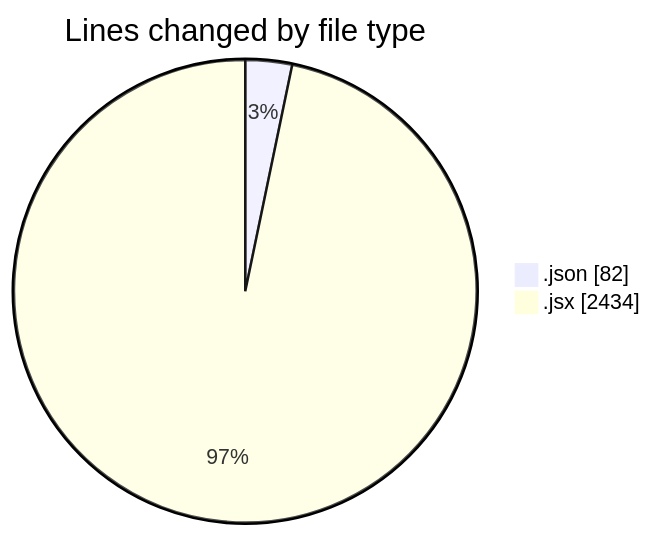
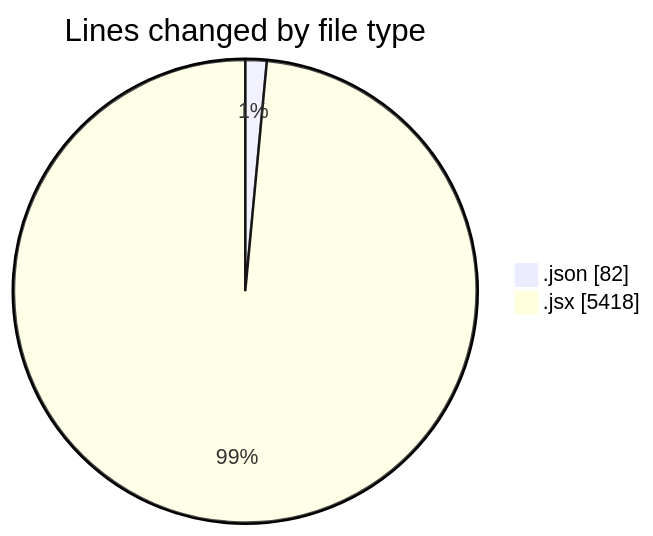
One commit to nxtqubesakshisongat/code-tracking changed the first of 2 diagrams in 2026-11-18/nashik-misal-queue/README.md. Above: the diagram before and after it, drawn with Mermaid. The commit also changed other lines of this file and 1 other file, not shown here.

````diff
--- a/2026-11-18/nashik-misal-queue/README.md
+++ b/2026-11-18/nashik-misal-queue/README.md
@@ -23,6 +24,6 @@
 ```mermaid
 pie showData
 title Lines changed by file type
 ".json" : 82
-".jsx" : 2434
+".jsx" : 5418
 ```
````
